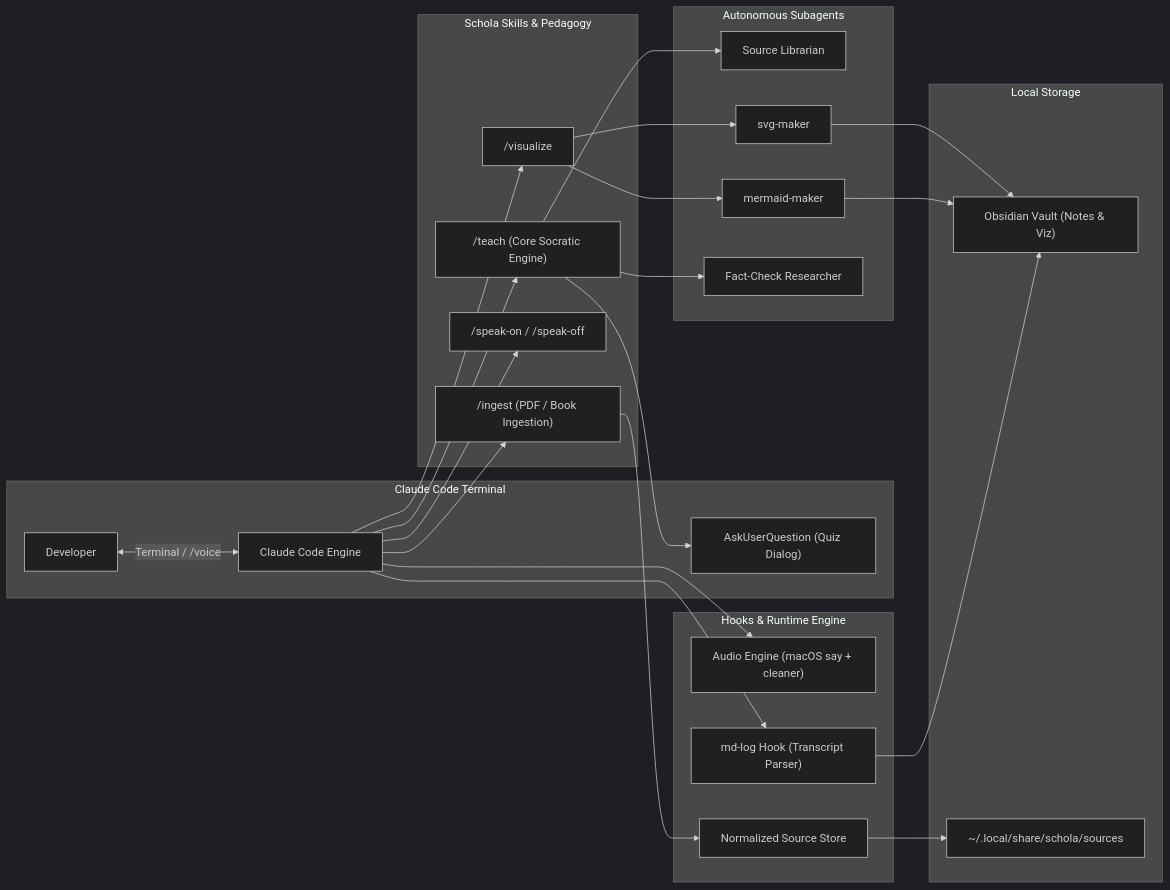
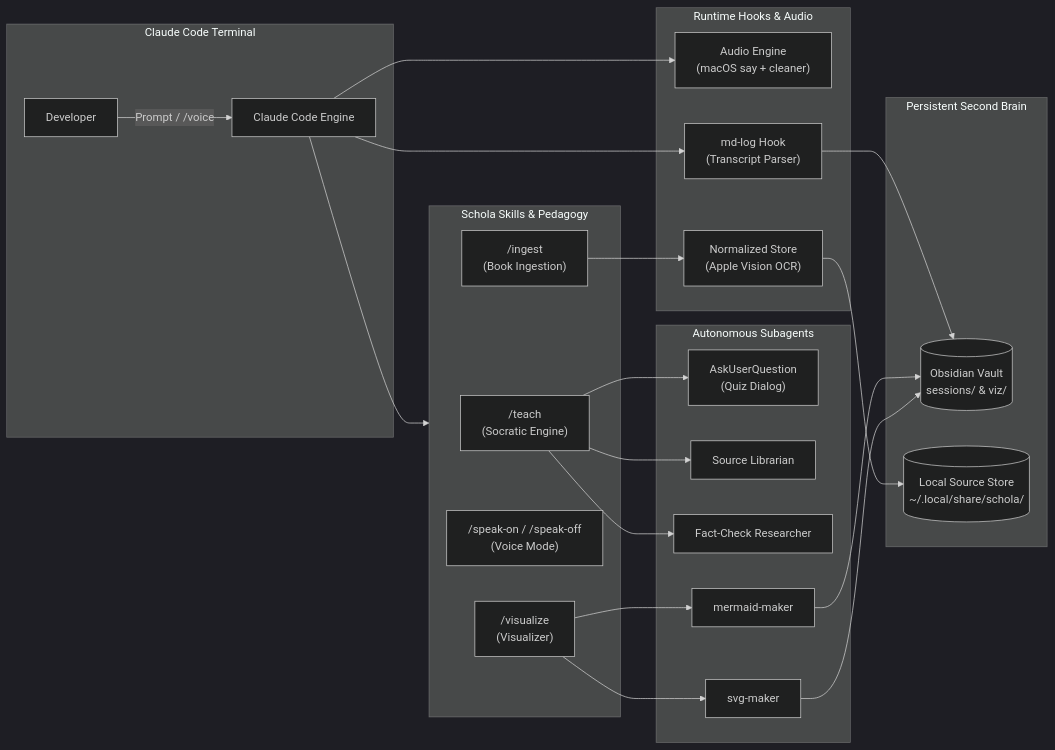
One commit to OJ102/ProjectSchola changed the second of 2 diagrams in README.md. Above: the diagram before and after it, drawn with Mermaid (dark theme). The commit also changed other lines of this file, not shown here.

Commit message:
docs: fix Mermaid diagram text cutoff in GitHub README preview

````diff
--- a/README.md
+++ b/README.md
@@ -105,45 +105,43 @@
 ```mermaid
 flowchart LR
     subgraph CLI ["Claude Code Terminal"]
-        User["Developer"]
-        CC["Claude Code Engine"]
-        Ask["AskUserQuestion (Quiz Dialog)"]
+        User["Developer"] -->|Prompt / /voice| CC["Claude Code Engine"]
     end
 
     subgraph Skills ["Schola Skills & Pedagogy"]
-        Teach["/teach (Core Socratic Engine)"]
-        Ingest["/ingest (PDF / Book Ingestion)"]
-        VoiceOn["/speak-on / /speak-off"]
-        Viz["/visualize"]
+        Teach["/teach<br/>(Socratic Engine)"]
+        Ingest["/ingest<br/>(Book Ingestion)"]
+        VoiceOn["/speak-on / /speak-off<br/>(Voice Mode)"]
+        Viz["/visualize<br/>(Visualizer)"]
     end
 
     subgraph Agents ["Autonomous Subagents"]
+        Ask["AskUserQuestion<br/>(Quiz Dialog)"]
         Librarian["Source Librarian"]
+        Researcher["Fact-Check Researcher"]
         MM["mermaid-maker"]
         SVG["svg-maker"]
-        Researcher["Fact-Check Researcher"]
     end
 
-    subgraph Engine ["Hooks & Runtime Engine"]
-        Audio["Audio Engine (macOS say + cleaner)"]
-        VaultSync["md-log Hook (Transcript Parser)"]
-        SourceStore["Normalized Source Store"]
+    subgraph Engine ["Runtime Hooks & Audio"]
+        Audio["Audio Engine<br/>(macOS say + cleaner)"]
+        VaultSync["md-log Hook<br/>(Transcript Parser)"]
+        SourceStore["Normalized Store<br/>(Apple Vision OCR)"]
     end
 
-    subgraph SecondBrain ["Local Storage"]
-        Obsidian["Obsidian Vault (Notes & Viz)"]
-        Sources["~/.local/share/schola/sources"]
+    subgraph Storage ["Persistent Second Brain"]
+        Obsidian[("Obsidian Vault<br/>sessions/ & viz/")]
+        Sources[("Local Source Store<br/>~/.local/share/schola/")]
     end
 
-    User <-->|Terminal / /voice| CC
-    CC --> Teach & Ingest & VoiceOn & Viz
+    CC --> Skills
+    CC --> Audio
+    CC --> VaultSync
     Teach --> Ask
     Teach --> Librarian & Researcher
     Viz --> MM & SVG
     Ingest --> SourceStore
     SourceStore --> Sources
-    CC --> Audio
-    CC --> VaultSync
     VaultSync --> Obsidian
     MM & SVG --> Obsidian
 ```
````
